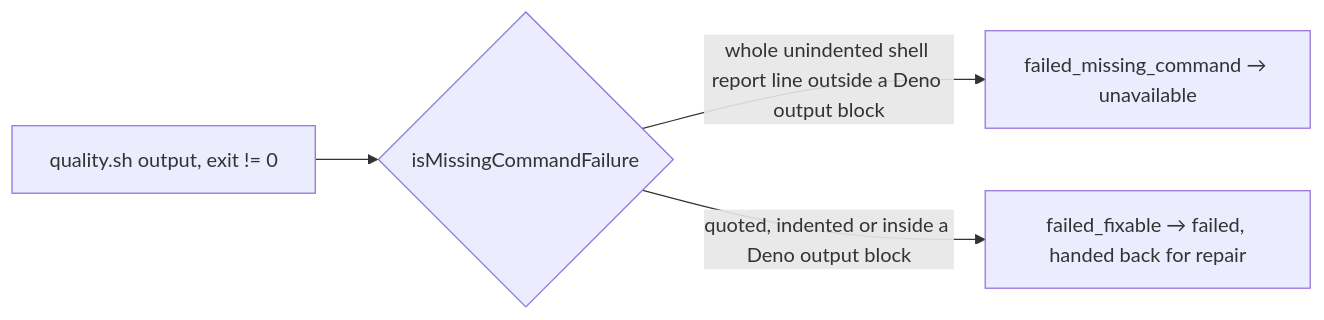
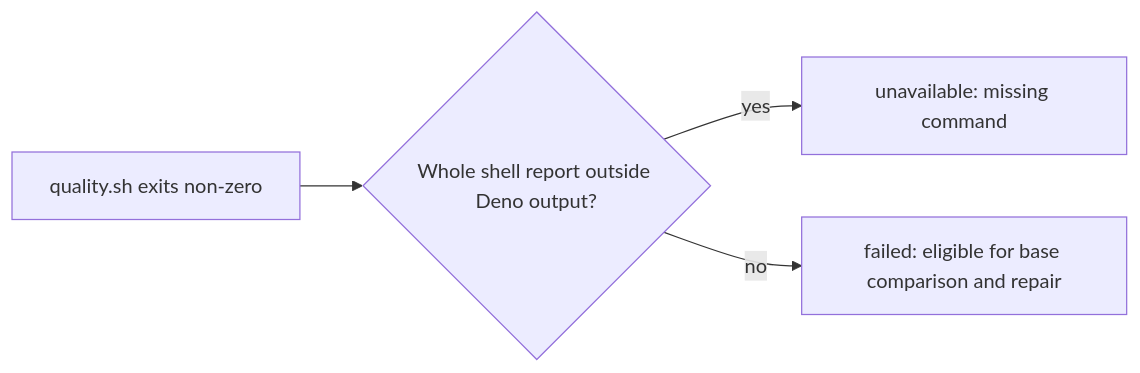
One commit to stSoftwareAU/VibeCoder changed the diagram in docs/archive/pr-summaries/pr-summary-4829.md. Above: the diagram before and after it, drawn with Mermaid. The commit also changed other lines of this file, not shown here.

````diff
--- a/docs/archive/pr-summaries/pr-summary-4829.md
+++ b/docs/archive/pr-summaries/pr-summary-4829.md
@@ -10,6 +10,6 @@
 ```mermaid
 flowchart LR
-    O["quality.sh output, exit != 0"] --> S{"isMissingCommandFailure"}
-    S -->|"whole unindented shell report line outside a Deno output block"| M["failed_missing_command → unavailable"]
-    S -->|"quoted, indented or inside a Deno output block"| F["failed_fixable → failed, handed back for repair"]
+    O["quality.sh exits non-zero"] --> M{"Whole shell report outside Deno output?"}
+    M -->|yes| U["unavailable: missing command"]
+    M -->|no| F["failed: eligible for base comparison and repair"]
 ```
````
